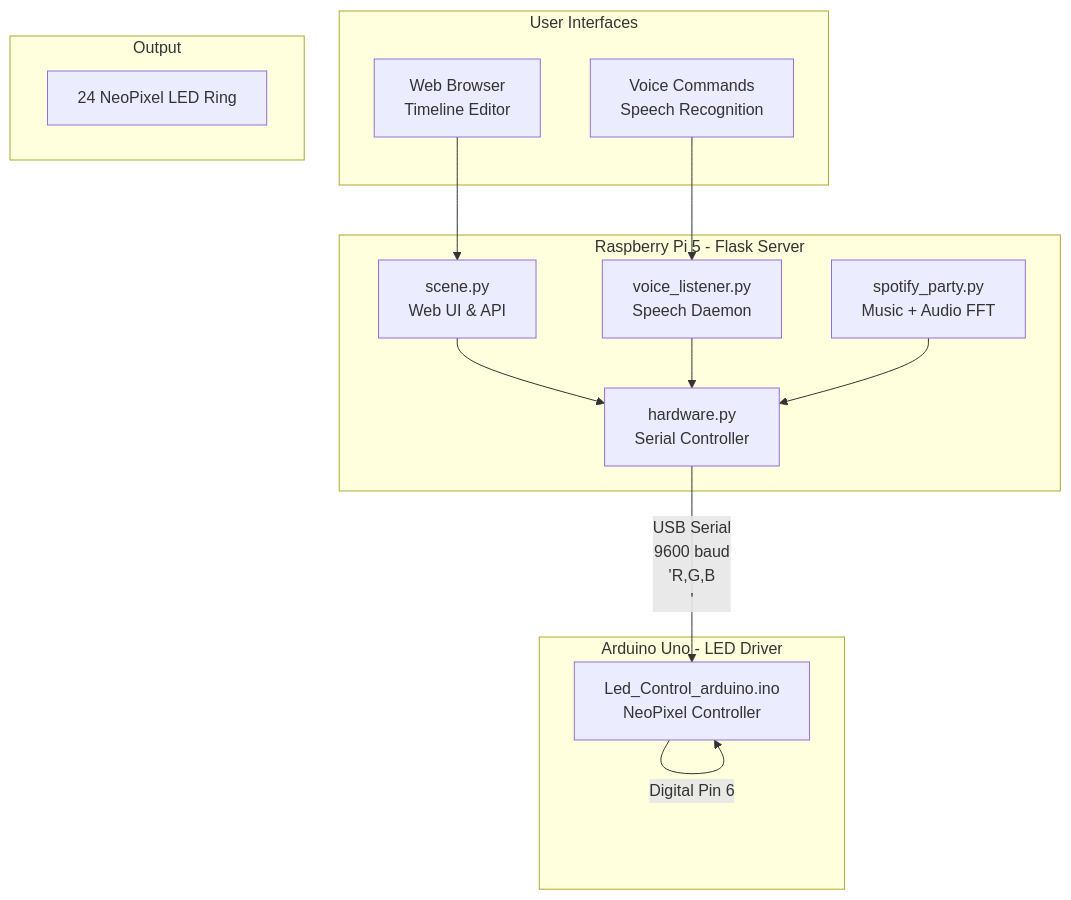
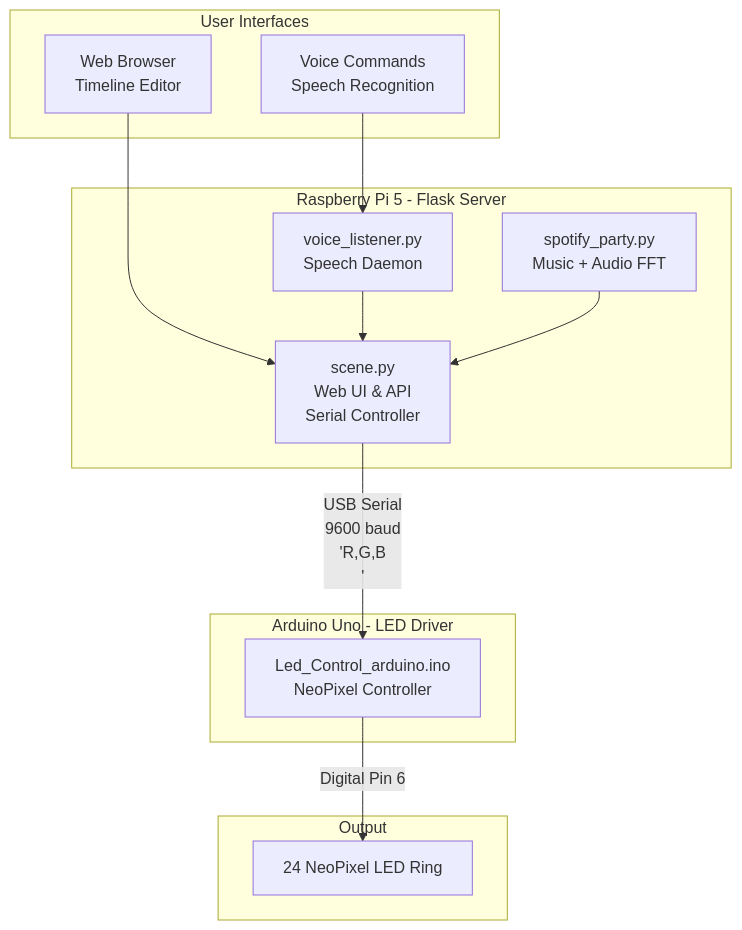
One commit to ji227/Jesse-Iriah-s-Lab-Hub changed the diagram in Final Project/readme.md. Above: the diagram before and after it, drawn with Mermaid. The commit also changed other lines of this file, not shown here.

````diff
--- a/Final Project/readme.md
+++ b/Final Project/readme.md
@@ -261,32 +259,30 @@
 ```mermaid
 graph TD
     subgraph UI["User Interfaces"]
         UI1["Web Browser<br/>Timeline Editor"]
         UI2["Voice Commands<br/>Speech Recognition"]
     end
 
     subgraph PI["Raspberry Pi 5 - Flask Server"]
-        SCENE["scene.py<br/>Web UI & API"]
+        SCENE["scene.py<br/>Web UI & API<br/>Serial Controller"]
         VOICE["voice_listener.py<br/>Speech Daemon"]
         SPOTIFY["spotify_party.py<br/>Music + Audio FFT"]
-        HW["hardware.py<br/>Serial Controller"]
     end
 
     subgraph ARDUINO_BOX["Arduino Uno - LED Driver"]
         ARDUINO["Led_Control_arduino.ino<br/>NeoPixel Controller"]
     end
 
     subgraph OUTPUT["Output"]
         LED["24 NeoPixel LED Ring"]
     end
 
     UI1 --> SCENE
     UI2 --> VOICE
     
-    SCENE --> HW
-    VOICE --> HW
-    SPOTIFY --> HW
+    SCENE -->|"USB Serial<br/>9600 baud<br/>'R,G,B\n'"| ARDUINO
+    VOICE --> SCENE
+    SPOTIFY --> SCENE
     
-    HW -->|"USB Serial<br/>9600 baud<br/>'R,G,B\n'"| ARDUINO
-    ARDUINO -->|"Digital Pin 6"| ARDUINO
+    ARDUINO -->|"Digital Pin 6"| LED
 ```
````
